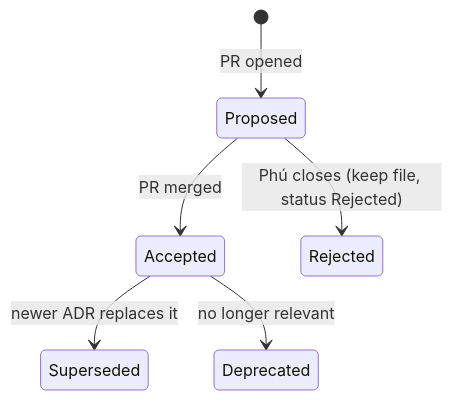
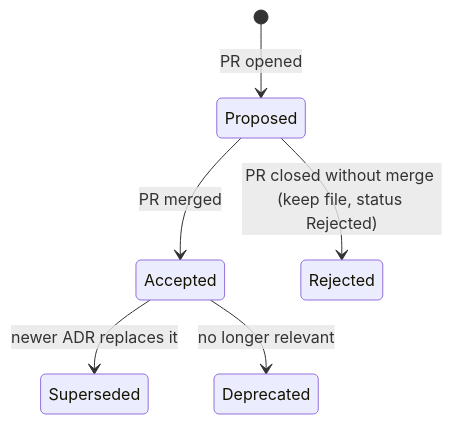
One commit to vinhphu2209/expense-app changed the diagram in docs/conventions/documentation.md. Above: the diagram before and after it, drawn with Mermaid. The commit also changed other lines of this file and 14 other files, not shown here.

````diff
--- a/docs/conventions/documentation.md
+++ b/docs/conventions/documentation.md
@@ -48,8 +48,8 @@
 ```mermaid
 stateDiagram-v2
   [*] --> Proposed: PR opened
   Proposed --> Accepted: PR merged
-  Proposed --> Rejected: Phú closes (keep file, status Rejected)
+  Proposed --> Rejected: PR closed without merge (keep file, status Rejected)
   Accepted --> Superseded: newer ADR replaces it
   Accepted --> Deprecated: no longer relevant
 ```
````
